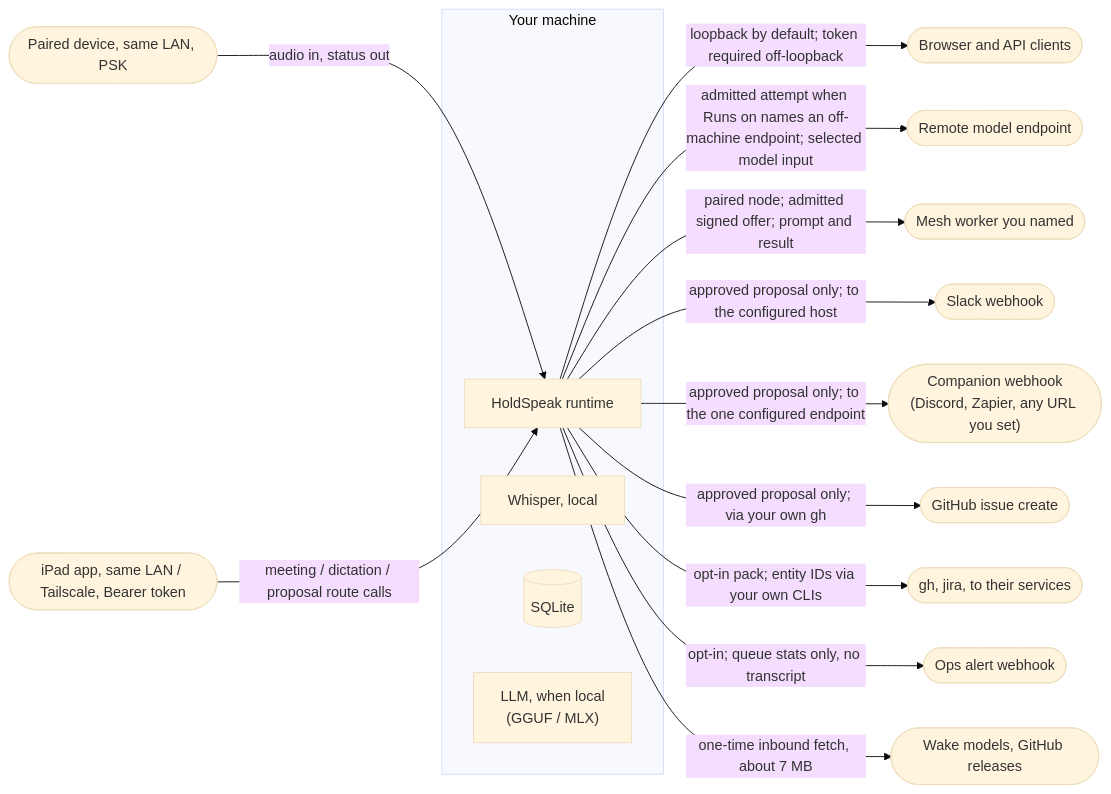
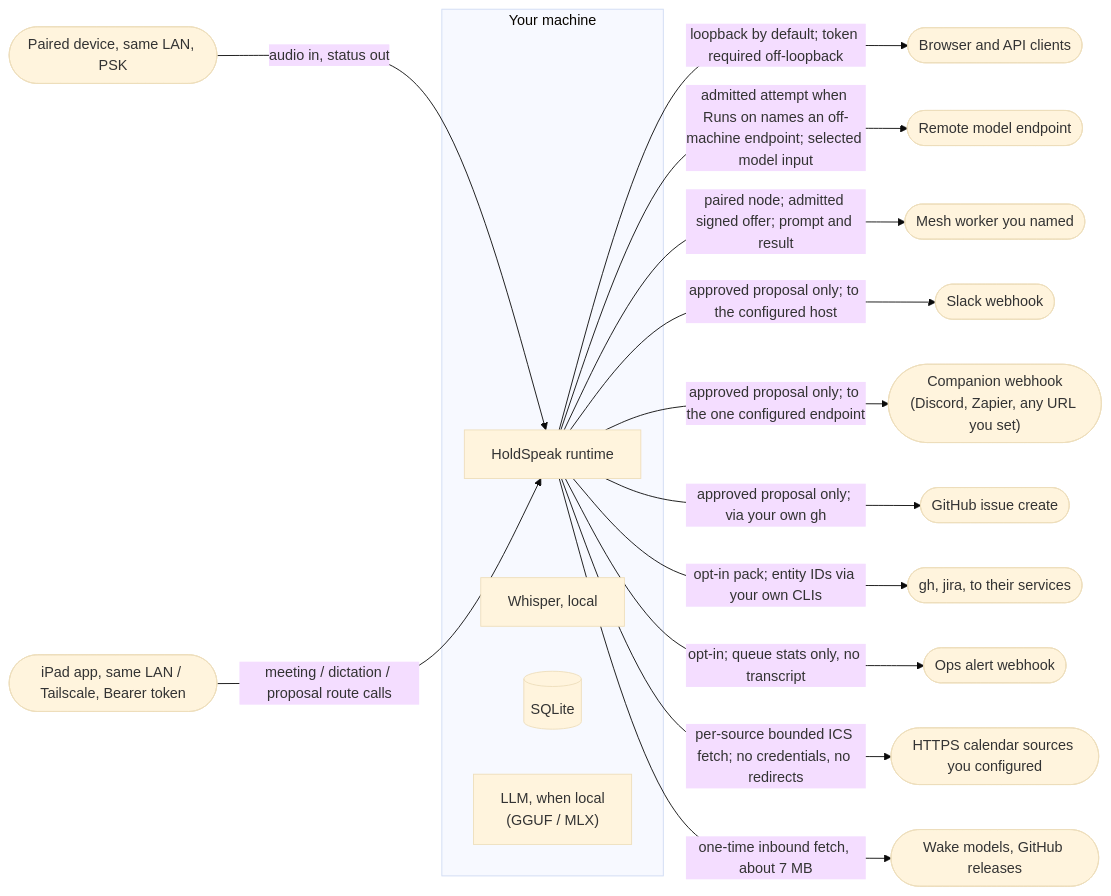
One commit to karolswdev/HoldSpeak changed the tenth of 10 diagrams in docs/ARCHITECTURE.md. Above: the diagram before and after it, drawn with Mermaid (base theme). The commit also changed other lines of this file and 10 other files, not shown here.

````diff
--- a/docs/ARCHITECTURE.md
+++ b/docs/ARCHITECTURE.md
@@ -641,20 +704,21 @@
 ```mermaid
 flowchart LR
   subgraph machine["Your machine"]
     RT["HoldSpeak runtime"]
     WH["Whisper, local"]
     DB[("SQLite")]
     LL["LLM, when local<br/>(GGUF / MLX)"]
   end
   RT -->|"loopback by default; token required off-loopback"| WEB(["Browser and API clients"])
   RT -->|"admitted attempt when Runs on names an off-machine endpoint; selected model input"| CLOUD(["Remote model endpoint"])
   RT -->|"paired node; admitted signed offer; prompt and result"| NODE(["Mesh worker you named"])
   RT -->|"approved proposal only; to the configured host"| SK(["Slack webhook"])
   RT -->|"approved proposal only; to the one configured endpoint"| WHK(["Companion webhook<br/>(Discord, Zapier, any URL you set)"])
   RT -->|"approved proposal only; via your own gh"| GH(["GitHub issue create"])
   RT -->|"opt-in pack; entity IDs via your own CLIs"| CLI(["gh, jira, to their services"])
   RT -->|"opt-in; queue stats only, no transcript"| OPS(["Ops alert webhook"])
+  RT -->|"per-source bounded ICS fetch; no credentials, no redirects"| ICS(["HTTPS calendar sources you configured"])
   RT -->|"one-time inbound fetch, about 7 MB"| WM(["Wake models, GitHub releases"])
   DEVCE(["Paired device, same LAN, PSK"]) -->|"audio in, status out"| RT
   IPAD(["iPad app, same LAN / Tailscale, Bearer token"]) -->|"meeting / dictation / proposal route calls"| RT
 ```
````
